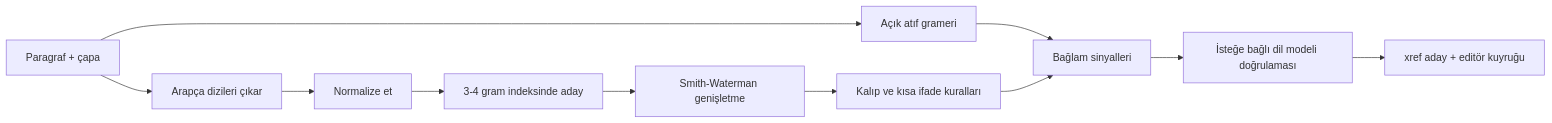
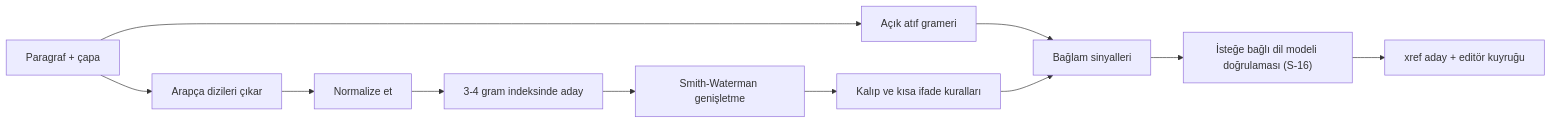
One commit to karasaid379-hue/mutalaa changed the diagram in docs/05-capraz-referans/02-iktibas-tespiti.md. Above: the diagram before and after it, drawn with Mermaid. The commit also changed other lines of this file and 9 other files, not shown here.

Commit message:
docs(docs): align the content, schema and publishing docs with K-50

````diff
--- a/docs/05-capraz-referans/02-iktibas-tespiti.md
+++ b/docs/05-capraz-referans/02-iktibas-tespiti.md
@@ -12,13 +12,13 @@
 ```mermaid
 flowchart LR
   P["Paragraf + çapa"] --> R["Açık atıf grameri"]
   P --> X["Arapça dizileri çıkar"]
   X --> N["Normalize et"]
   N --> C["3-4 gram indeksinde aday"]
   C --> W["Smith-Waterman genişletme"]
   W --> K["Kalıp ve kısa ifade kuralları"]
   R --> B["Bağlam sinyalleri"]
   K --> B
-  B --> L["İsteğe bağlı dil modeli doğrulaması"]
+  B --> L["İsteğe bağlı dil modeli doğrulaması (S-16)"]
   L --> Q["xref aday + editör kuyruğu"]
 ```
````
